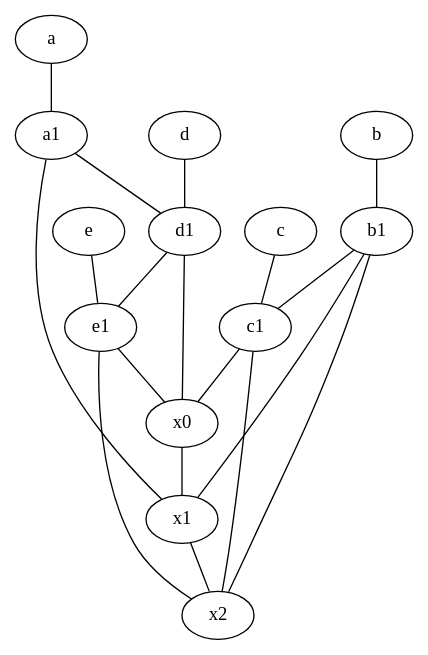
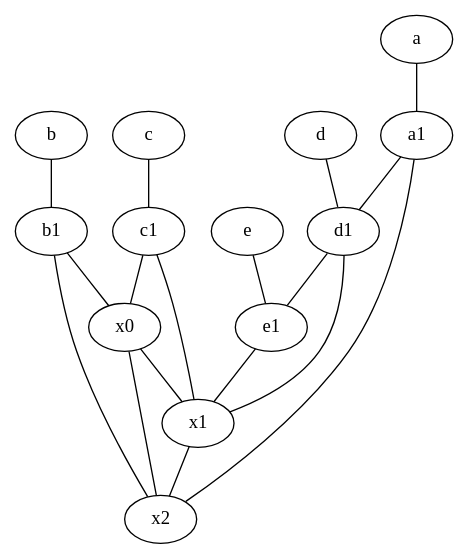
Before and after one commit to anisabnis/graph_inference: the diagram in results_best/surfnet19/inf.dot, drawn with Graphviz. The commit also changed 3498 other files, not shown here.

```diff
--- a/results_best/surfnet19/inf.dot
+++ b/results_best/surfnet19/inf.dot
@@ -1,34 +1,33 @@
 graph {
 	node [labelfontsize=50]
+	d [labelfontsize=50 pos="2,5!"]
+	e1 [labelfontsize=50 pos="7,7!"]
+	x0 [labelfontsize=50]
+	c1 [labelfontsize=50 pos="4.5,3!"]
+	x1 [labelfontsize=50]
+	a1 [labelfontsize=50 pos="8,3!"]
+	c [labelfontsize=50 pos="4.5,2!"]
+	b [labelfontsize=50 pos="10,4!"]
+	a [labelfontsize=50 pos="8,2!"]
 	b1 [labelfontsize=50 pos="9,4!"]
+	d1 [labelfontsize=50 pos="3,5!"]
 	x2 [labelfontsize=50]
 	e [labelfontsize=50 pos="7,9!"]
-	x0 [labelfontsize=50]
-	e1 [labelfontsize=50 pos="7,7!"]
-	a [labelfontsize=50 pos="8,2!"]
-	b [labelfontsize=50 pos="10,4!"]
-	d [labelfontsize=50 pos="2,5!"]
-	c [labelfontsize=50 pos="4.5,2!"]
-	c1 [labelfontsize=50 pos="4.5,3!"]
-	x1 [labelfontsize=50]
-	d1 [labelfontsize=50 pos="3,5!"]
-	a1 [labelfontsize=50 pos="8,3!"]
+	d -- d1
+	x1 -- x2
+	d1 -- e1
+	b1 -- x2
+	b -- b1
+	a1 -- d1
+	b1 -- x0
+	c1 -- x0
+	e1 -- x1
+	c1 -- x1
+	c -- c1
+	e -- e1
+	x0 -- x1
+	d1 -- x1
+	a1 -- x2
+	x0 -- x2
 	a -- a1
-	d1 -- x0
-	a1 -- d1
-	c -- c1
-	d1 -- e1
-	c1 -- x0
-	d -- d1
-	b1 -- x2
-	e -- e1
-	a1 -- x1
-	e1 -- x0
-	b -- b1
-	e1 -- x2
-	b1 -- x1
-	x0 -- x1
-	x1 -- x2
-	b1 -- c1
-	c1 -- x2
 }
```
